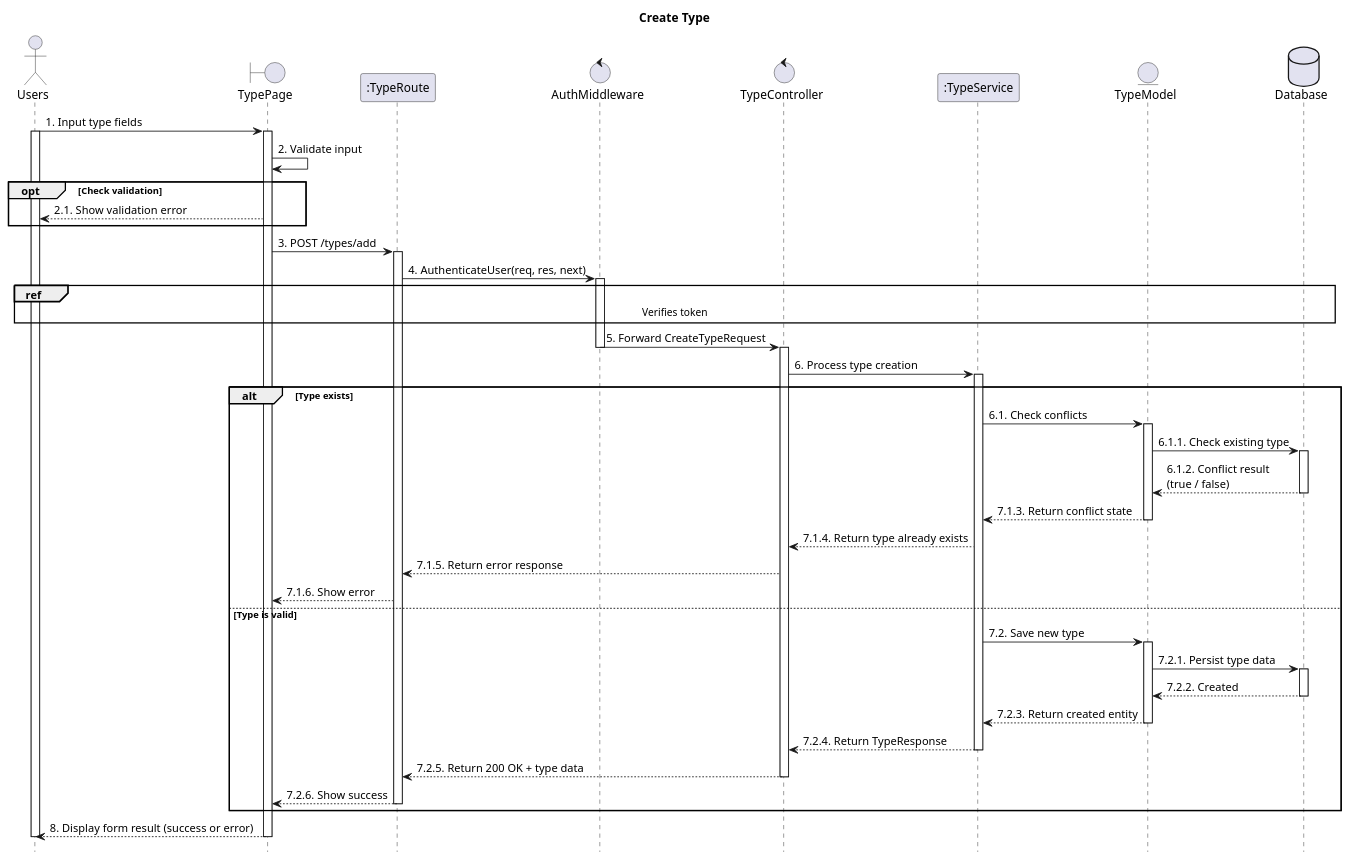
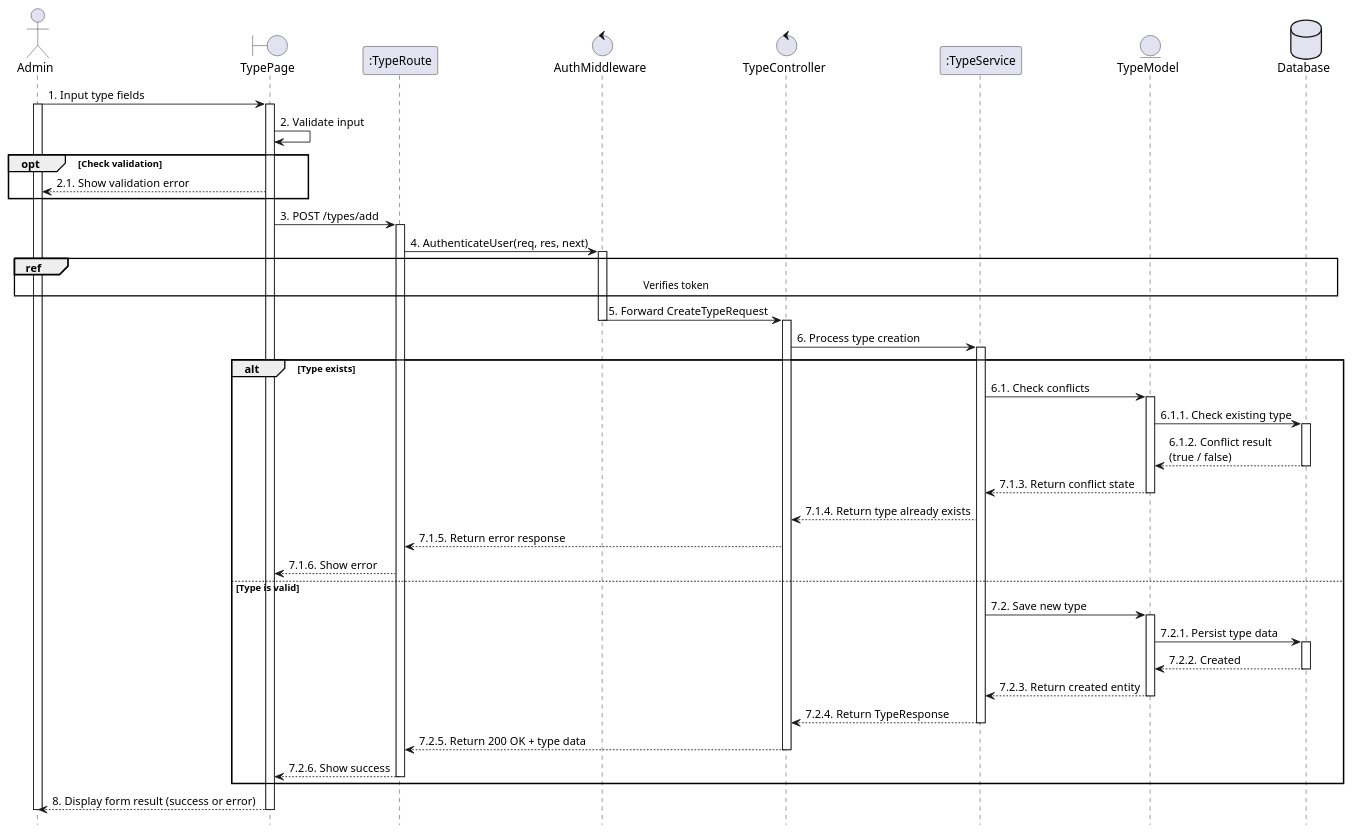
One commit to VietDurian/VietDurian changed the diagram in planuml/web/14.1_createType.puml. Above: the diagram before and after it, drawn with PlantUML. The commit also changed 11 other files, not shown here.

```diff
--- a/planuml/web/14.1_createType.puml
+++ b/planuml/web/14.1_createType.puml
@@ -1,75 +1,74 @@
 @startuml 14.1_createType
 hide footbox
-title Create Type
 
-actor User as "Users"
+actor User as "Admin" 
 boundary TypePage as View
 participant ":TypeRoute" as Route
 control "AuthMiddleware" as Middleware
 control "TypeController" as Controller
 participant ":TypeService" as Service
 entity "TypeModel" as Model
 database Database as Database
 
 
 User -> View : 1. Input type fields
 activate View
 activate User
 View -> View : 2. Validate input
 
 opt Check validation
     View --> User : 2.1. Show validation error
 end
 
     View -> Route : 3. POST /types/add
     activate Route
 
     Route -> Middleware : 4. AuthenticateUser(req, res, next)
     activate Middleware
     ref over User, Database : Verifies token
     Middleware -> Controller : 5. Forward CreateTypeRequest
     deactivate Middleware
     activate Controller
 
     Controller -> Service : 6. Process type creation
     activate Service
 
 alt Type exists
     Service -> Model : 6.1. Check conflicts
     activate Model
 
     Model -> Database : 6.1.1. Check existing type
     activate Database
     Database --> Model : 6.1.2. Conflict result\n(true / false)
     deactivate Database
 
     Model --> Service : 7.1.3. Return conflict state
     deactivate Model
 
         Service --> Controller : 7.1.4. Return type already exists
         Controller --> Route : 7.1.5. Return error response
         Route --> View : 7.1.6. Show error
 else Type is valid
         Service -> Model : 7.2. Save new type
         activate Model
 
         Model -> Database : 7.2.1. Persist type data
         activate Database
         Database --> Model : 7.2.2. Created
         deactivate Database
 
         Model --> Service : 7.2.3. Return created entity
         deactivate Model
 
         Service --> Controller : 7.2.4. Return TypeResponse
         deactivate Service
         Controller --> Route : 7.2.5. Return 200 OK + type data
         deactivate Controller
         Route --> View : 7.2.6. Show success
         deactivate Route
 end
 
 View --> User : 8. Display form result (success or error)
 deactivate View
 deactivate User
 @enduml
```
